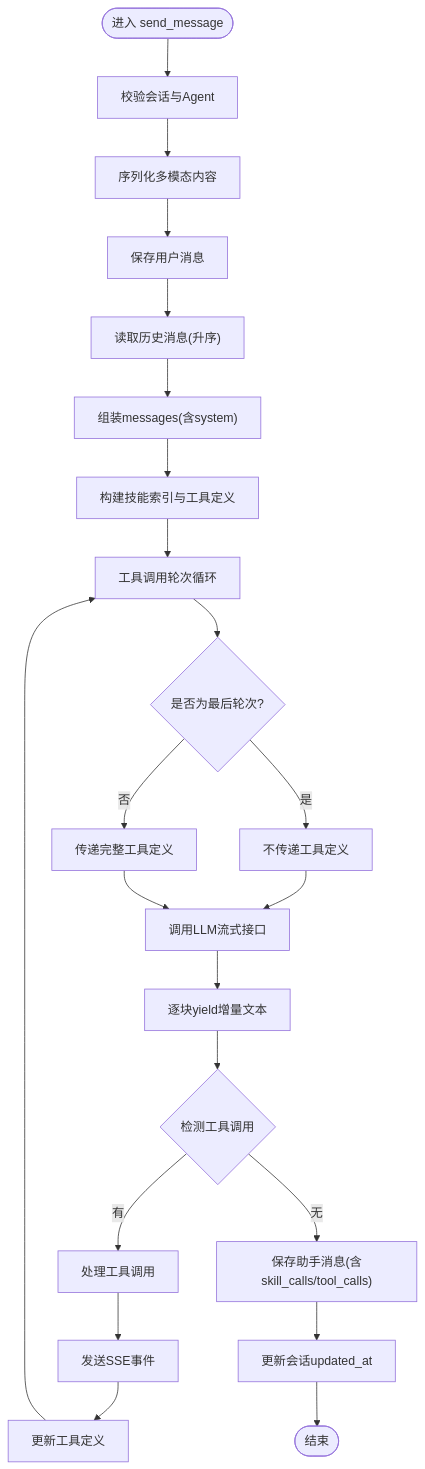
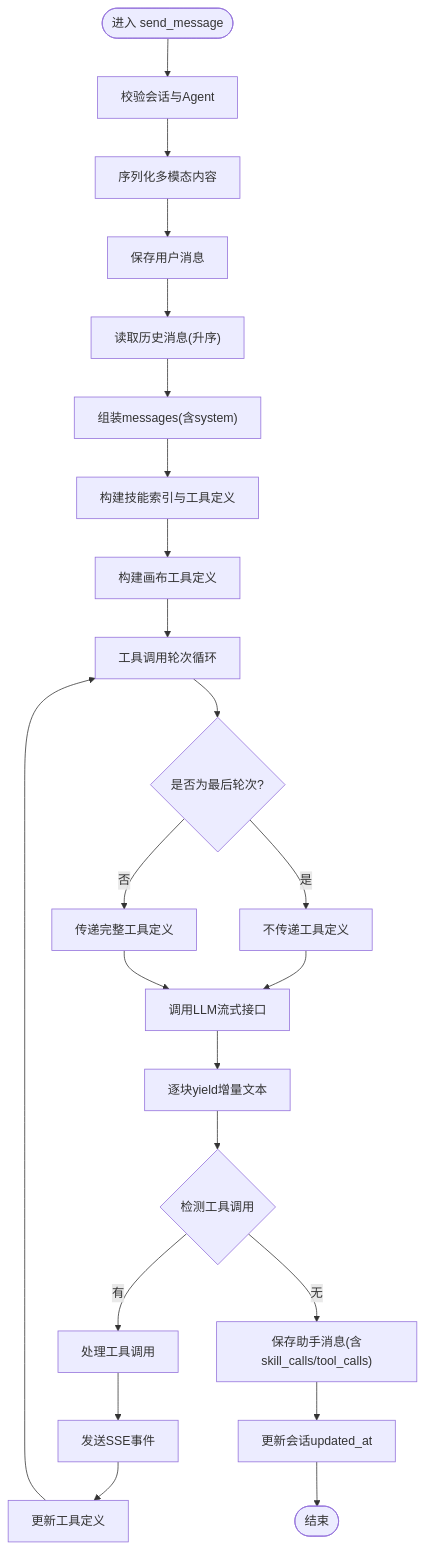
The third of 14 diagrams in .qoder/repowiki/zh/content/后端开发指南/API路由系统/聊天交互API.md (KunLabAI/KunFlix), drawn with Mermaid before and after one commit. The commit also changed other lines of this file and 15 other files, not shown here.

````diff
--- a/.qoder/repowiki/zh/content/后端开发指南/API路由系统/聊天交互API.md
+++ b/.qoder/repowiki/zh/content/后端开发指南/API路由系统/聊天交互API.md
@@ -199,24 +205,25 @@
 ```mermaid
 flowchart TD
 Start(["进入 send_message"]) --> CheckSession["校验会话与Agent"]
 CheckSession --> SerializeContent["序列化多模态内容"]
 SerializeContent --> SaveUser["保存用户消息"]
 SaveUser --> LoadHistory["读取历史消息(升序)"]
 LoadHistory --> BuildMessages["组装messages(含system)"]
 BuildMessages --> BuildSkills["构建技能索引与工具定义"]
-BuildSkills --> ToolRound["工具调用轮次循环"]
+BuildSkills --> BuildCanvas["构建画布工具定义"]
+BuildCanvas --> ToolRound["工具调用轮次循环"]
 ToolRound --> CheckLastRound{"是否为最后轮次?"}
 CheckLastRound --> |是| NoTools["不传递工具定义"]
 CheckLastRound --> |否| PassTools["传递完整工具定义"]
 NoTools --> CallProvider["调用LLM流式接口"]
 PassTools --> CallProvider
 CallProvider --> StreamOut["逐块yield增量文本"]
 StreamOut --> ToolCalls{"检测工具调用"}
 ToolCalls --> |有| ProcessTool["处理工具调用"]
 ProcessTool --> SendEvents["发送SSE事件"]
 SendEvents --> UpdateTools["更新工具定义"]
 UpdateTools --> ToolRound
 ToolCalls --> |无| SaveAssistant["保存助手消息(含skill_calls/tool_calls)"]
 SaveAssistant --> UpdateTS["更新会话updated_at"]
 UpdateTS --> End(["结束"])
 ```
````
